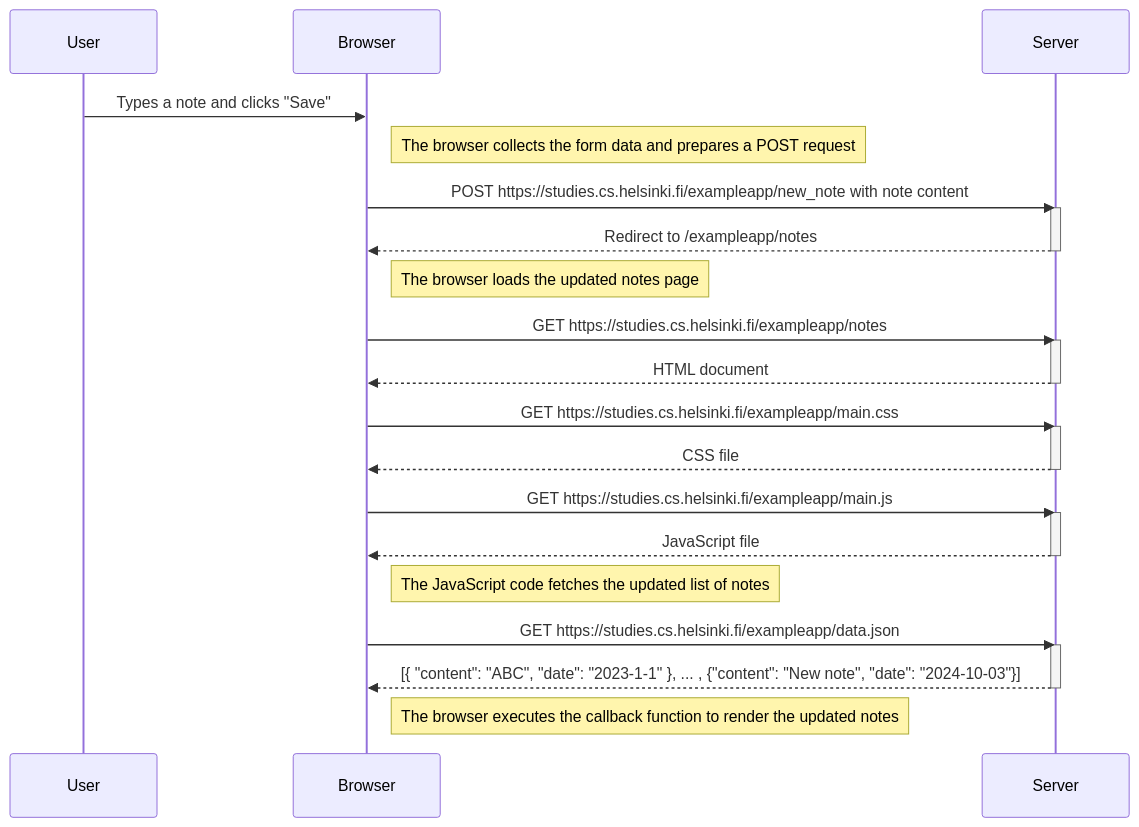
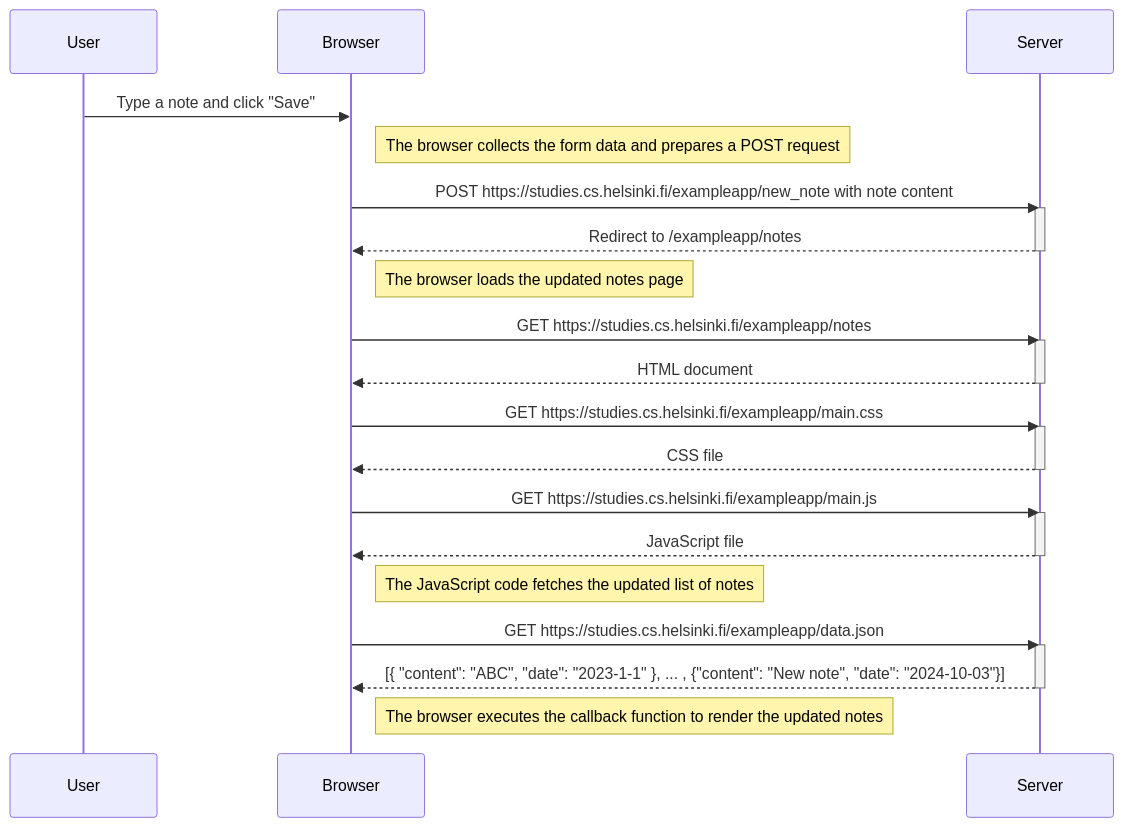
The diagram in part0/ex0_4.md (cuitrying/FullStackProject), drawn with Mermaid before and after one commit.

````diff
--- a/part0/ex0_4.md
+++ b/part0/ex0_4.md
@@ -1,41 +1,41 @@
 ```mermaid
 
 sequenceDiagram
     participant User
     participant Browser
     participant Server
 
-    User->>Browser: Types a note and clicks "Save"
+    User->>Browser: Type a note and click "Save"
     Note right of Browser: The browser collects the form data and prepares a POST request
     Browser->>Server: POST https://studies.cs.helsinki.fi/exampleapp/new_note with note content
     activate Server
     Server-->>Browser: Redirect to /exampleapp/notes
     deactivate Server
 
     Note right of Browser: The browser loads the updated notes page
 
     Browser->>Server: GET https://studies.cs.helsinki.fi/exampleapp/notes
     activate Server
     Server-->>Browser: HTML document
     deactivate Server
 
     Browser->>Server: GET https://studies.cs.helsinki.fi/exampleapp/main.css
     activate Server
     Server-->>Browser: CSS file
     deactivate Server
 
     Browser->>Server: GET https://studies.cs.helsinki.fi/exampleapp/main.js
     activate Server
     Server-->>Browser: JavaScript file
     deactivate Server
 
     Note right of Browser: The JavaScript code fetches the updated list of notes
 
     Browser->>Server: GET https://studies.cs.helsinki.fi/exampleapp/data.json
     activate Server
     Server-->>Browser: [{ "content": "ABC", "date": "2023-1-1" }, ... , {"content": "New note", "date": "2024-10-03"}]
     deactivate Server
 
     Note right of Browser: The browser executes the callback function to render the updated notes
 
 ```
````
